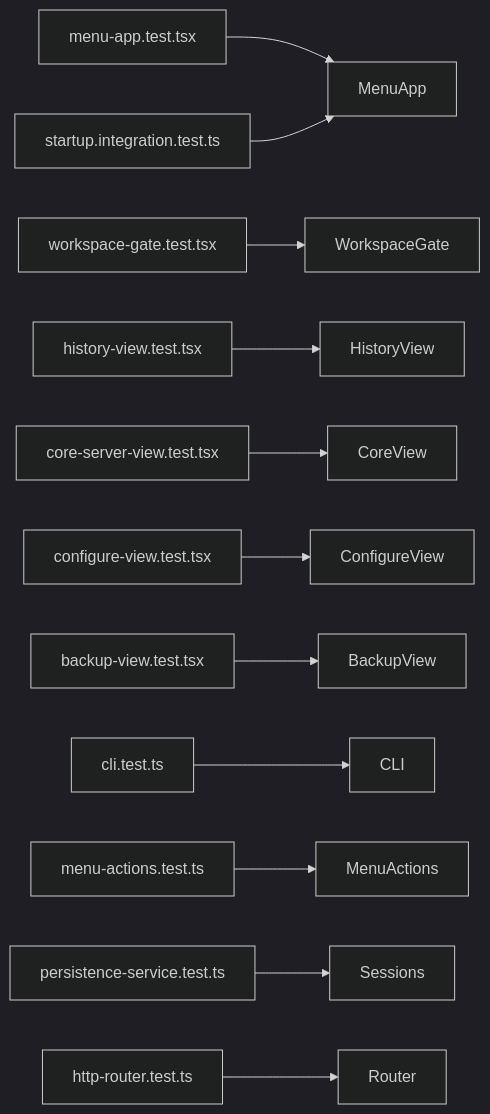
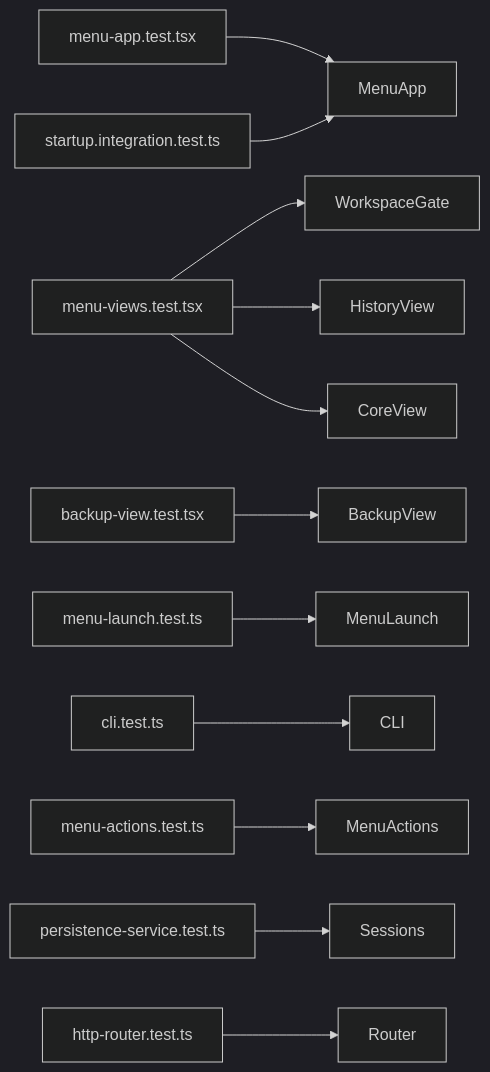
One commit to aokihu/atom_neo changed diagram 13 of 13 in docs/subsystems/atom_neo_2026-11-19_menu_config_integration_graph.md. Above: the diagram before and after it, drawn with Mermaid (dark theme). The commit also changed other lines of this file and 36 other files, not shown here.

````diff
--- a/docs/subsystems/atom_neo_2026-11-19_menu_config_integration_graph.md
+++ b/docs/subsystems/atom_neo_2026-11-19_menu_config_integration_graph.md
@@ -393,14 +411,14 @@
 ```mermaid
 graph LR
     MenuTests["menu-app.test.tsx"] --> MenuApp
-    GateTests["workspace-gate.test.tsx"] --> WorkspaceGate
-    HistoryTests["history-view.test.tsx"] --> HistoryView
-    CoreTests["core-server-view.test.tsx"] --> CoreView
-    ConfigTests["configure-view.test.tsx"] --> ConfigureView
+    ViewTests["menu-views.test.tsx"] --> WorkspaceGate
+    ViewTests --> HistoryView
+    ViewTests --> CoreView
     BackupTests["backup-view.test.tsx"] --> BackupView
+    LaunchTests["menu-launch.test.ts"] --> MenuLaunch
     CliTests["cli.test.ts"] --> CLI
     ActionTests["menu-actions.test.ts"] --> MenuActions
     SessionTests["persistence-service.test.ts"] --> Sessions
     HttpTests["http-router.test.ts"] --> Router
     PtyTests["startup.integration.test.ts"] --> MenuApp
 ```
````
